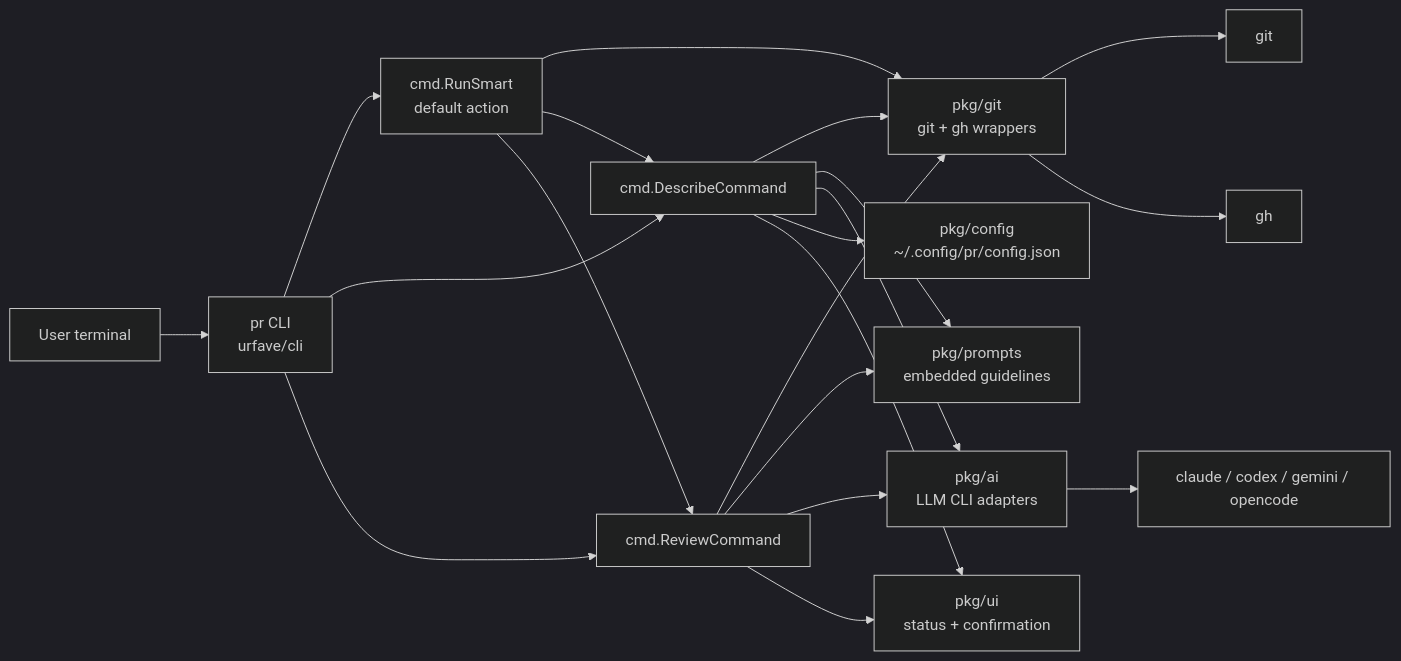
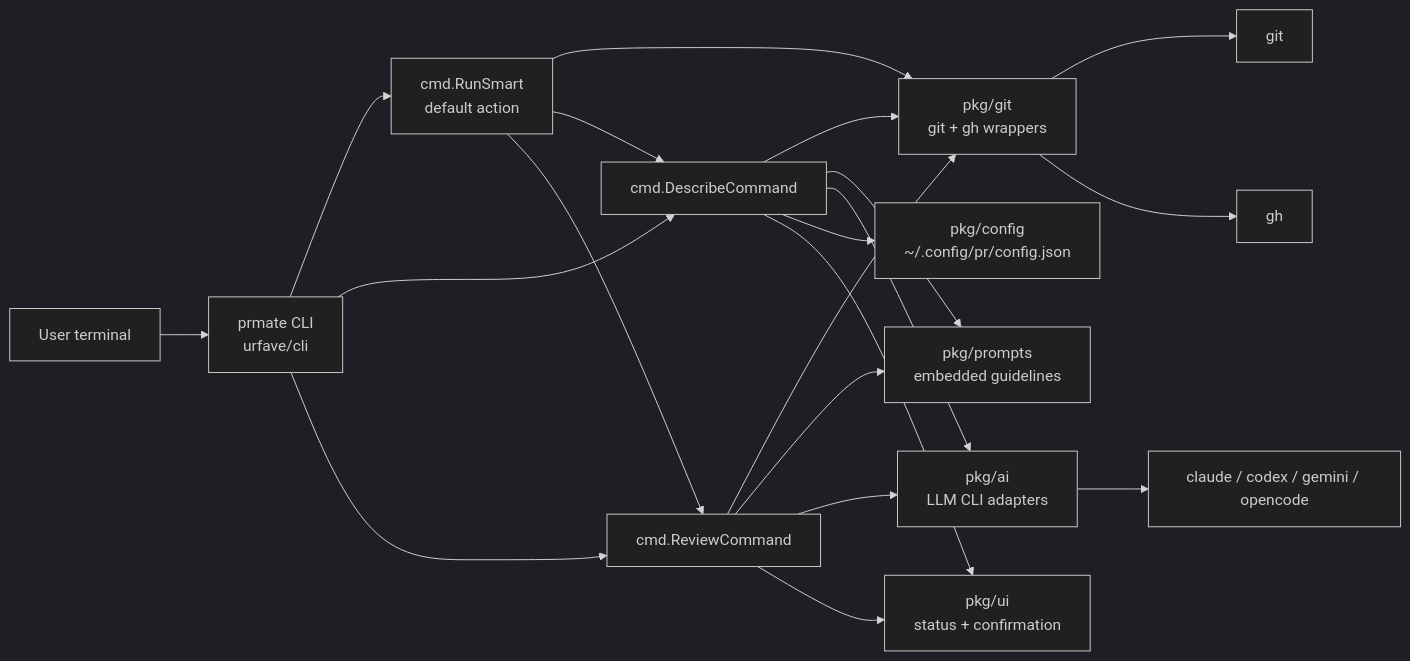
Before and after one commit to mpiorowski/prmate: the first of 4 diagrams in CONTEXT.md, drawn with Mermaid (dark theme). The commit also changed other lines of this file and 3 other files, not shown here.

````diff
--- a/CONTEXT.md
+++ b/CONTEXT.md
@@ -122,24 +122,24 @@
 ```mermaid
 flowchart LR
-    USER["User terminal"] --> CLI["pr CLI<br/>urfave/cli"]
+    USER["User terminal"] --> CLI["prmate CLI<br/>urfave/cli"]
     CLI --> SMART["cmd.RunSmart<br/>default action"]
     CLI --> DESCRIBE["cmd.DescribeCommand"]
     CLI --> REVIEW["cmd.ReviewCommand"]
 
     SMART --> GIT
     SMART --> DESCRIBE
     SMART --> REVIEW
     DESCRIBE --> GIT["pkg/git<br/>git + gh wrappers"]
     REVIEW --> GIT
     DESCRIBE --> PROMPTS["pkg/prompts<br/>embedded guidelines"]
     REVIEW --> PROMPTS
     DESCRIBE --> AI["pkg/ai<br/>LLM CLI adapters"]
     REVIEW --> AI
     DESCRIBE --> CONFIG["pkg/config<br/>~/.config/pr/config.json"]
     DESCRIBE --> UI["pkg/ui<br/>status + confirmation"]
     REVIEW --> UI
 
     GIT --> GITCLI["git"]
     GIT --> GHCLI["gh"]
     AI --> PROVIDERS["claude / codex / gemini / opencode"]
 ```
````
